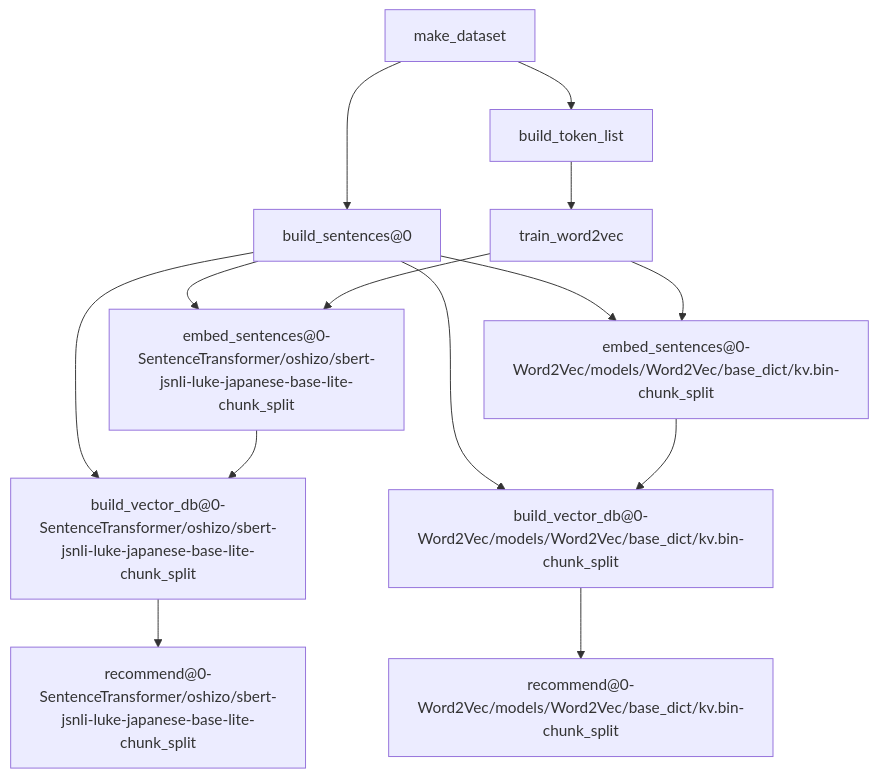
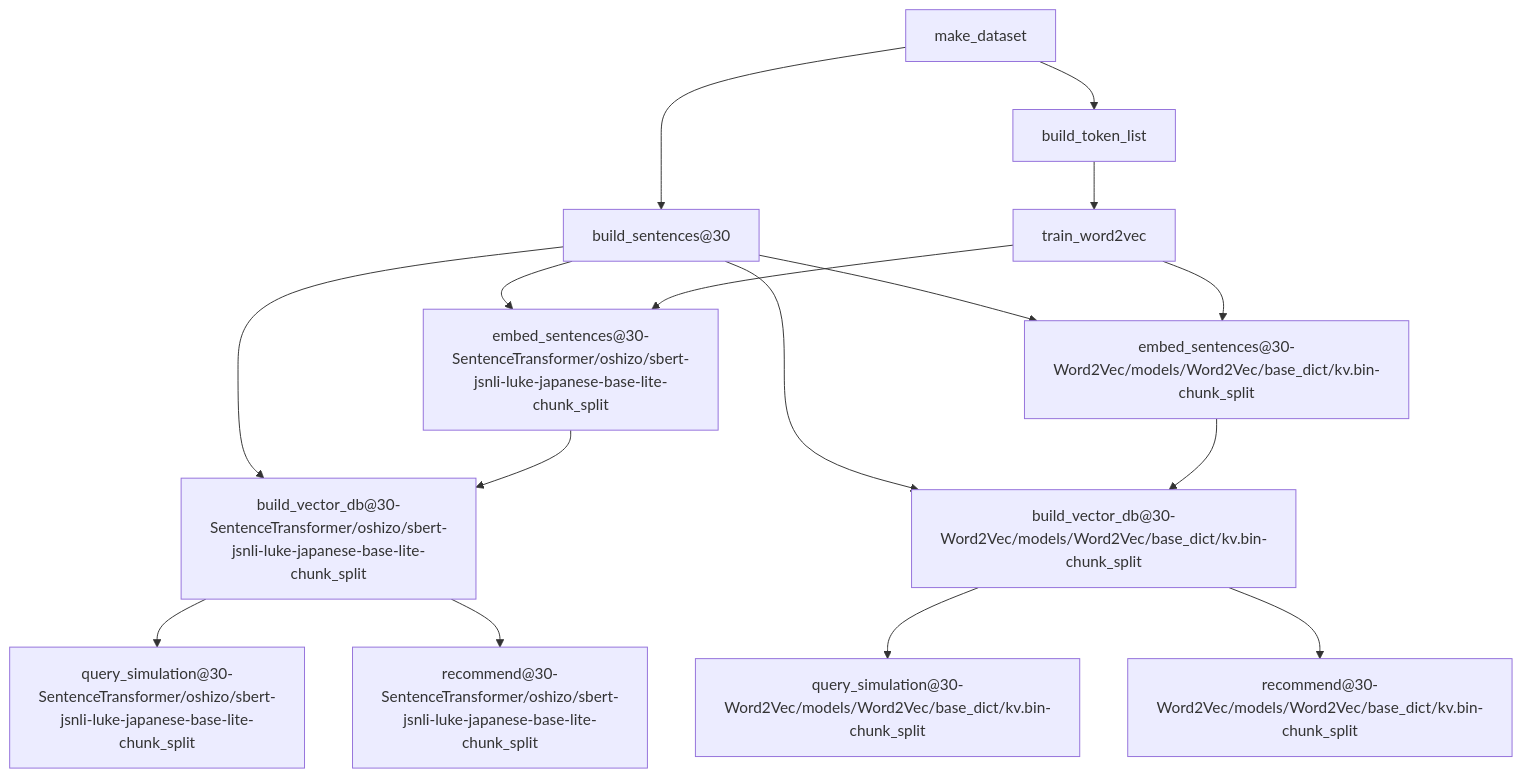
One commit to u-masao/embed-text-recommender changed the diagram in PIPELINE.md. Above: the diagram before and after it, drawn with Mermaid.

Commit message:
[update] dvc repro

````diff
--- a/PIPELINE.md
+++ b/PIPELINE.md
@@ -1,26 +1,30 @@
 ```mermaid
 flowchart TD
-	node1["build_sentences@0"]
+	node1["build_sentences@30"]
 	node2["build_token_list"]
-	node3["build_vector_db@0-SentenceTransformer/oshizo/sbert-jsnli-luke-japanese-base-lite-chunk_split"]
-	node4["build_vector_db@0-Word2Vec/models/Word2Vec/base_dict/kv.bin-chunk_split"]
-	node5["embed_sentences@0-SentenceTransformer/oshizo/sbert-jsnli-luke-japanese-base-lite-chunk_split"]
-	node6["embed_sentences@0-Word2Vec/models/Word2Vec/base_dict/kv.bin-chunk_split"]
+	node3["build_vector_db@30-SentenceTransformer/oshizo/sbert-jsnli-luke-japanese-base-lite-chunk_split"]
+	node4["build_vector_db@30-Word2Vec/models/Word2Vec/base_dict/kv.bin-chunk_split"]
+	node5["embed_sentences@30-SentenceTransformer/oshizo/sbert-jsnli-luke-japanese-base-lite-chunk_split"]
+	node6["embed_sentences@30-Word2Vec/models/Word2Vec/base_dict/kv.bin-chunk_split"]
 	node7["make_dataset"]
-	node8["recommend@0-SentenceTransformer/oshizo/sbert-jsnli-luke-japanese-base-lite-chunk_split"]
-	node9["recommend@0-Word2Vec/models/Word2Vec/base_dict/kv.bin-chunk_split"]
-	node10["train_word2vec"]
+	node8["query_simulation@30-SentenceTransformer/oshizo/sbert-jsnli-luke-japanese-base-lite-chunk_split"]
+	node9["query_simulation@30-Word2Vec/models/Word2Vec/base_dict/kv.bin-chunk_split"]
+	node10["recommend@30-SentenceTransformer/oshizo/sbert-jsnli-luke-japanese-base-lite-chunk_split"]
+	node11["recommend@30-Word2Vec/models/Word2Vec/base_dict/kv.bin-chunk_split"]
+	node12["train_word2vec"]
 	node1-->node3
 	node1-->node4
 	node1-->node5
 	node1-->node6
-	node2-->node10
+	node2-->node12
 	node3-->node8
+	node3-->node10
 	node4-->node9
+	node4-->node11
 	node5-->node3
 	node6-->node4
 	node7-->node1
 	node7-->node2
-	node10-->node5
-	node10-->node6
+	node12-->node5
+	node12-->node6
 ```
````
